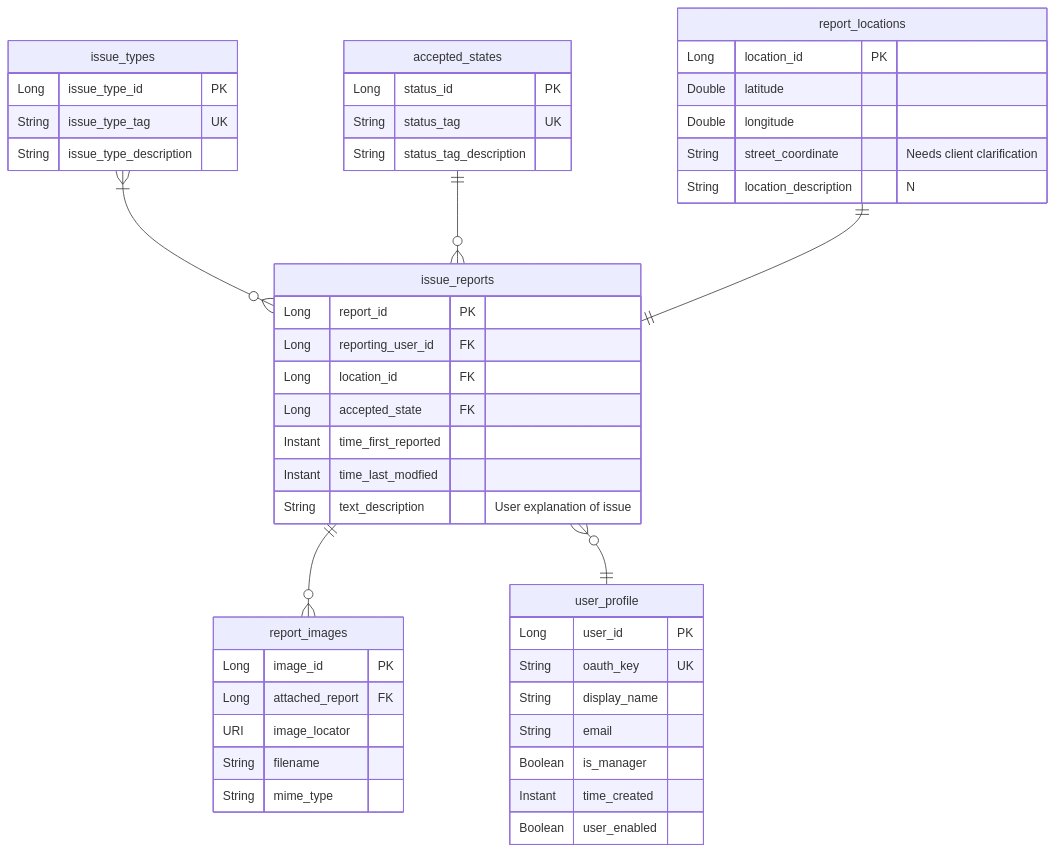
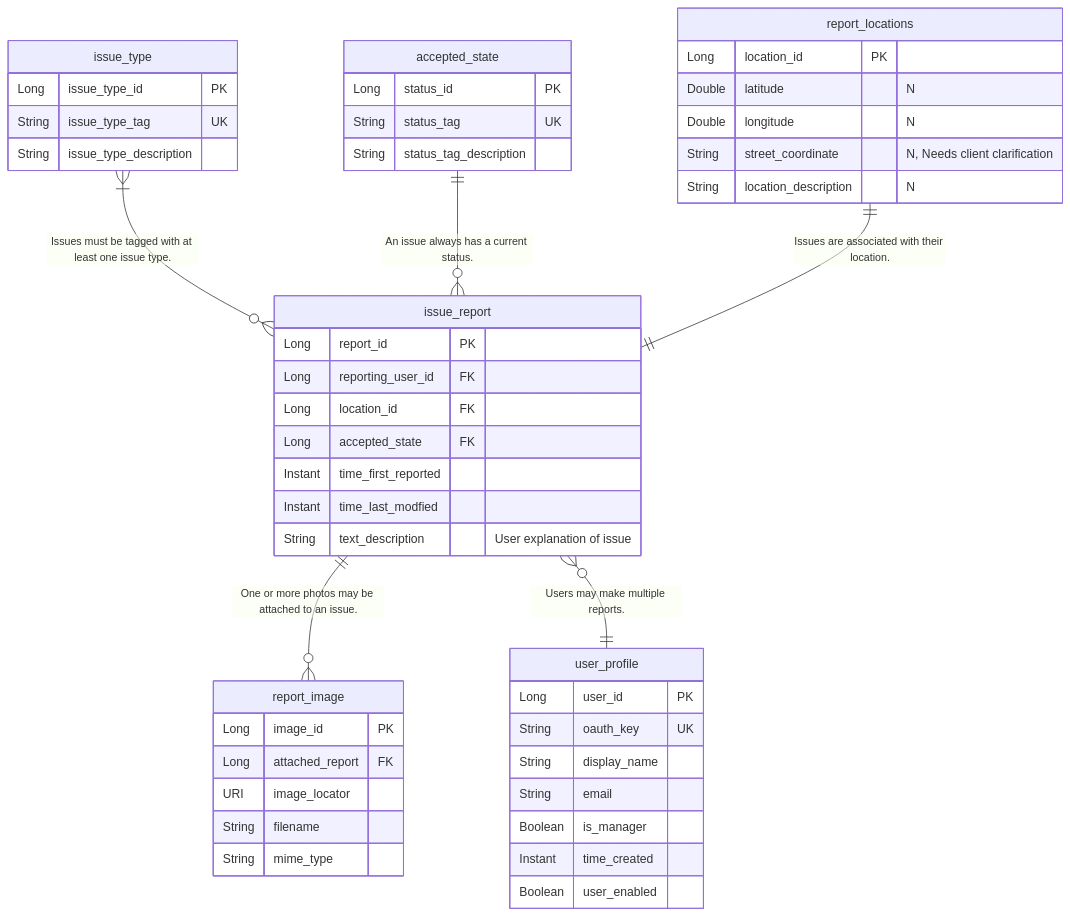
The diagram in docs/mermaid/ERD.mermaid (dd-java-22/capstone), drawn with Mermaid before and after one commit. The commit also changed 2 other files, not shown here.

Commit message:
Added relation comments to ERD, made table names singular, nulls.

```diff
--- a/docs/mermaid/ERD.mermaid
+++ b/docs/mermaid/ERD.mermaid
@@ -1,50 +1,50 @@
 erDiagram
-    issue_types }|--o{ issue_reports : ""
-    accepted_states ||--o{ issue_reports : ""
-    issue_reports ||--o{ report_images : ""
-    issue_reports}o--|| user_profile : ""
-    report_locations ||--|| issue_reports : ""
+    issue_type }|--o{ issue_report : "Issues must be tagged with at least one issue type."
+    accepted_state ||--o{ issue_report : "An issue always has a current status."
+    issue_report ||--o{ report_image : "One or more photos may be attached to an issue."
+    issue_report }o--|| user_profile : "Users may make multiple reports."
+    report_locations ||--|| issue_report : "Issues are associated with their location."
 
 
-    issue_types {
+    issue_type {
         Long issue_type_id PK
         String issue_type_tag UK
         String issue_type_description
     }
-    accepted_states {
+    accepted_state {
         Long status_id PK
         String status_tag UK
         String status_tag_description
     }
     report_locations {
         Long location_id PK
-        Double latitude
-        Double longitude
-        String street_coordinate "Needs client clarification"
+        Double latitude "N"
+        Double longitude "N"
+        String street_coordinate "N, Needs client clarification"
         String location_description "N"
     }
-    report_images {
+    report_image {
         Long image_id PK
         Long attached_report FK
         URI image_locator
         String filename
         String mime_type
     }
     user_profile {
         Long user_id PK
         String oauth_key UK
         String display_name
         String email
         Boolean is_manager
         Instant time_created
         Boolean user_enabled
     }
-    issue_reports {
+    issue_report {
         Long report_id PK
         Long reporting_user_id FK
         Long location_id FK
         Long accepted_state FK
         Instant time_first_reported
         Instant time_last_modfied
         String text_description "User explanation of issue"
     }
```
